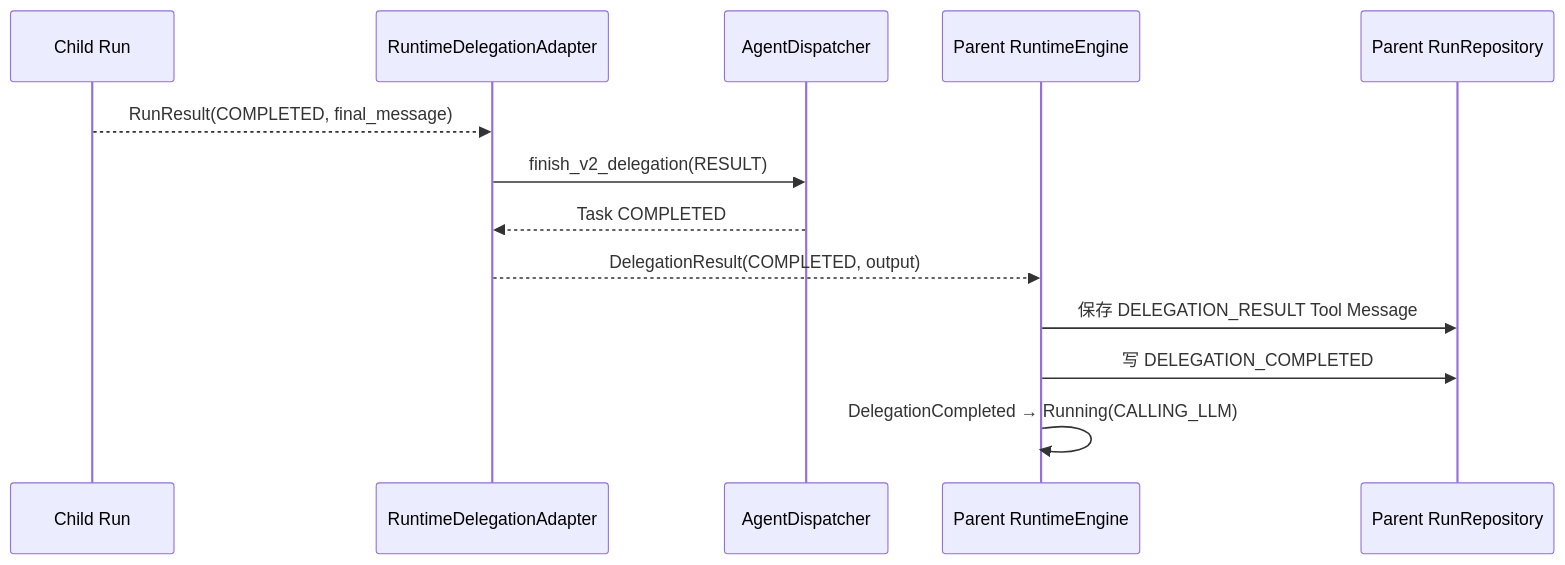
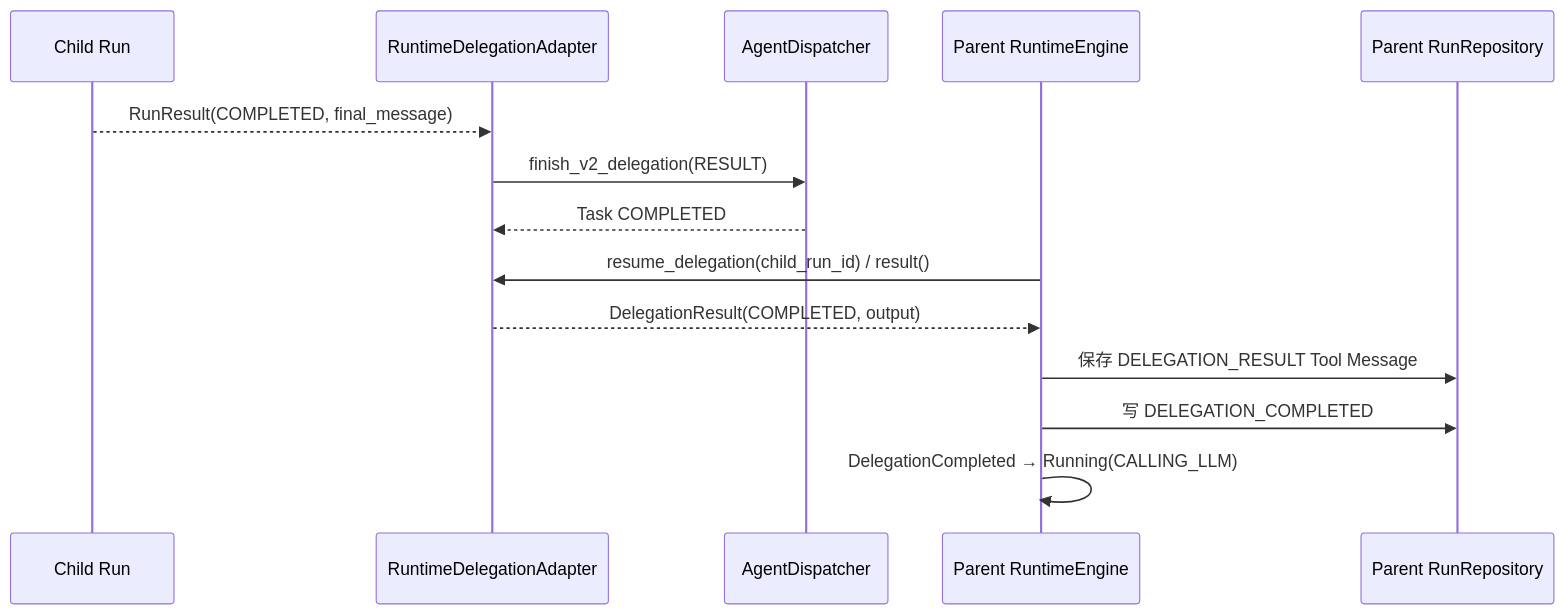
Before and after one commit to aandbcct/dotClaw: diagram 13 of 22 in docs/wiki/Orchestration 与 Delegation 模块总体说明.md, drawn with Mermaid. The commit also changed other lines of this file and 12 other files, not shown here.

````diff
--- a/docs/wiki/Orchestration 与 Delegation 模块总体说明.md
+++ b/docs/wiki/Orchestration 与 Delegation 模块总体说明.md
@@ -1310,16 +1318,17 @@
 ```mermaid
 sequenceDiagram
     participant Child as Child Run
     participant Adapter as RuntimeDelegationAdapter
     participant Dispatcher as AgentDispatcher
     participant Parent as Parent RuntimeEngine
     participant Repo as Parent RunRepository
 
     Child-->>Adapter: RunResult(COMPLETED, final_message)
     Adapter->>Dispatcher: finish_v2_delegation(RESULT)
     Dispatcher-->>Adapter: Task COMPLETED
+    Parent->>Adapter: resume_delegation(child_run_id) / result()
     Adapter-->>Parent: DelegationResult(COMPLETED, output)
     Parent->>Repo: 保存 DELEGATION_RESULT Tool Message
     Parent->>Repo: 写 DELEGATION_COMPLETED
     Parent->>Parent: DelegationCompleted → Running(CALLING_LLM)
 ```
````
